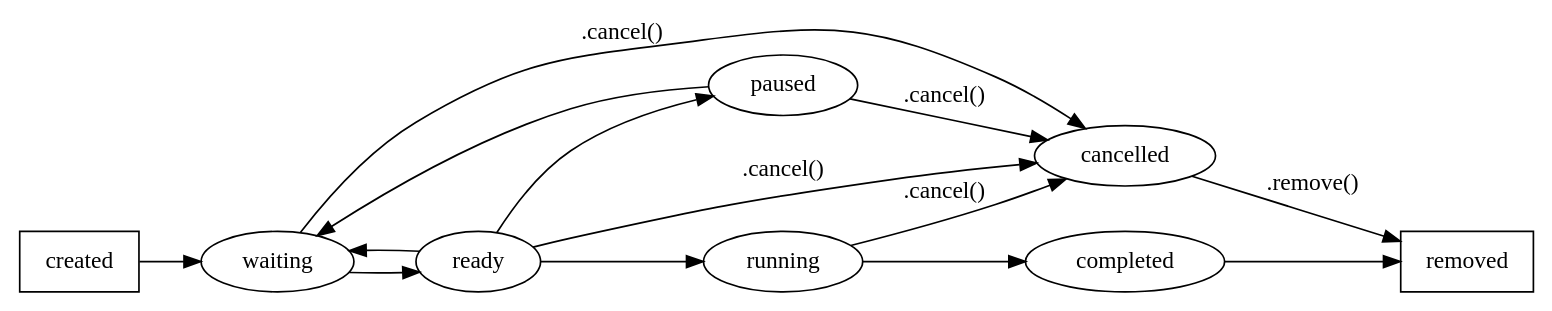
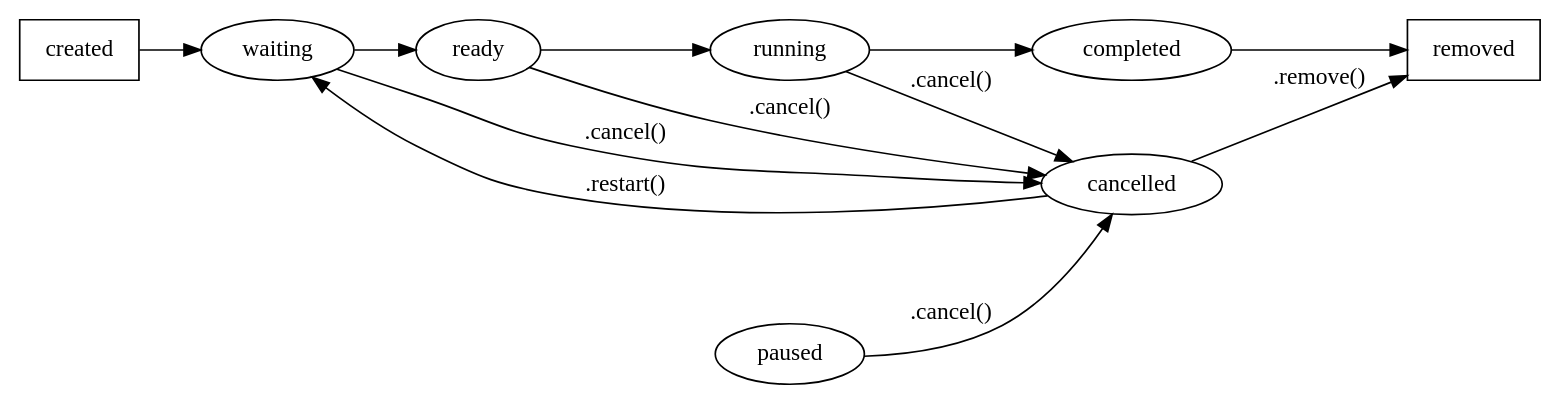
The diagram in doc/cancel-states.dot (vsivsi/meteor-job), drawn with Graphviz before and after one commit. The commit also changed 11 other files, not shown here.

```diff
--- a/doc/cancel-states.dot
+++ b/doc/cancel-states.dot
@@ -1,26 +1,24 @@
 digraph jobStatus {
 
   graph [splines="spline" mclimit=1.0 ratio=auto rankdir=LR]
 
   created [shape=box];
   waiting;
   paused;
   ready;
   running;
   cancelled;
   completed;
   removed [shape=box];
   created -> waiting [weight=100.0];
   waiting -> ready [weight=100.0];
-  ready -> waiting []
   ready -> running [weight=100.0];
   running -> completed [weight=100.0];
   completed -> removed [weight=100.0];
   running -> cancelled [label=".cancel()"];
   ready -> cancelled [label=".cancel()"];
   waiting -> cancelled [label=".cancel()"];
   paused -> cancelled [label=".cancel()"];
-  ready -> paused [];
-  paused -> waiting [];
+  cancelled -> waiting [label=".restart()"];
   cancelled -> removed [label=".remove()"];
 }
```
